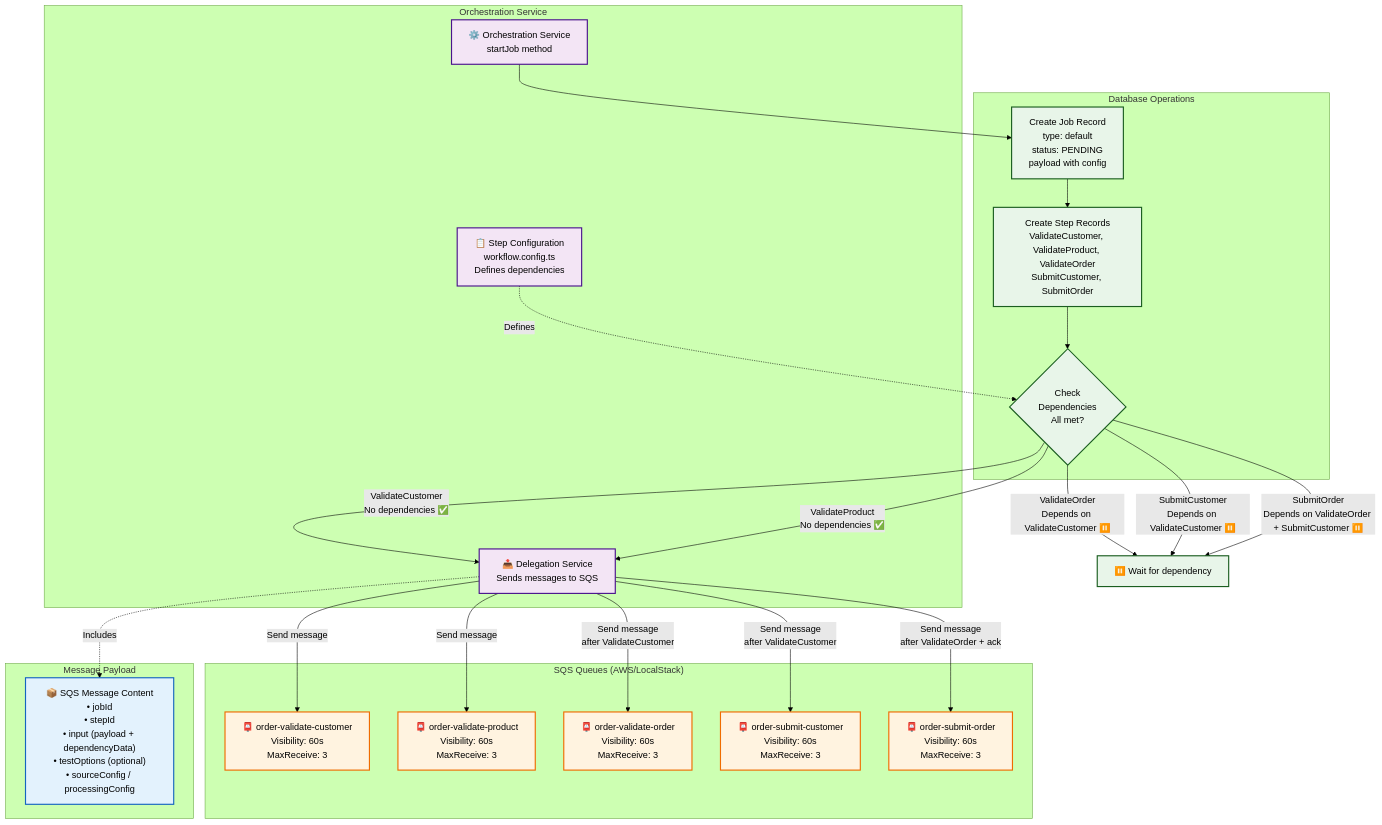
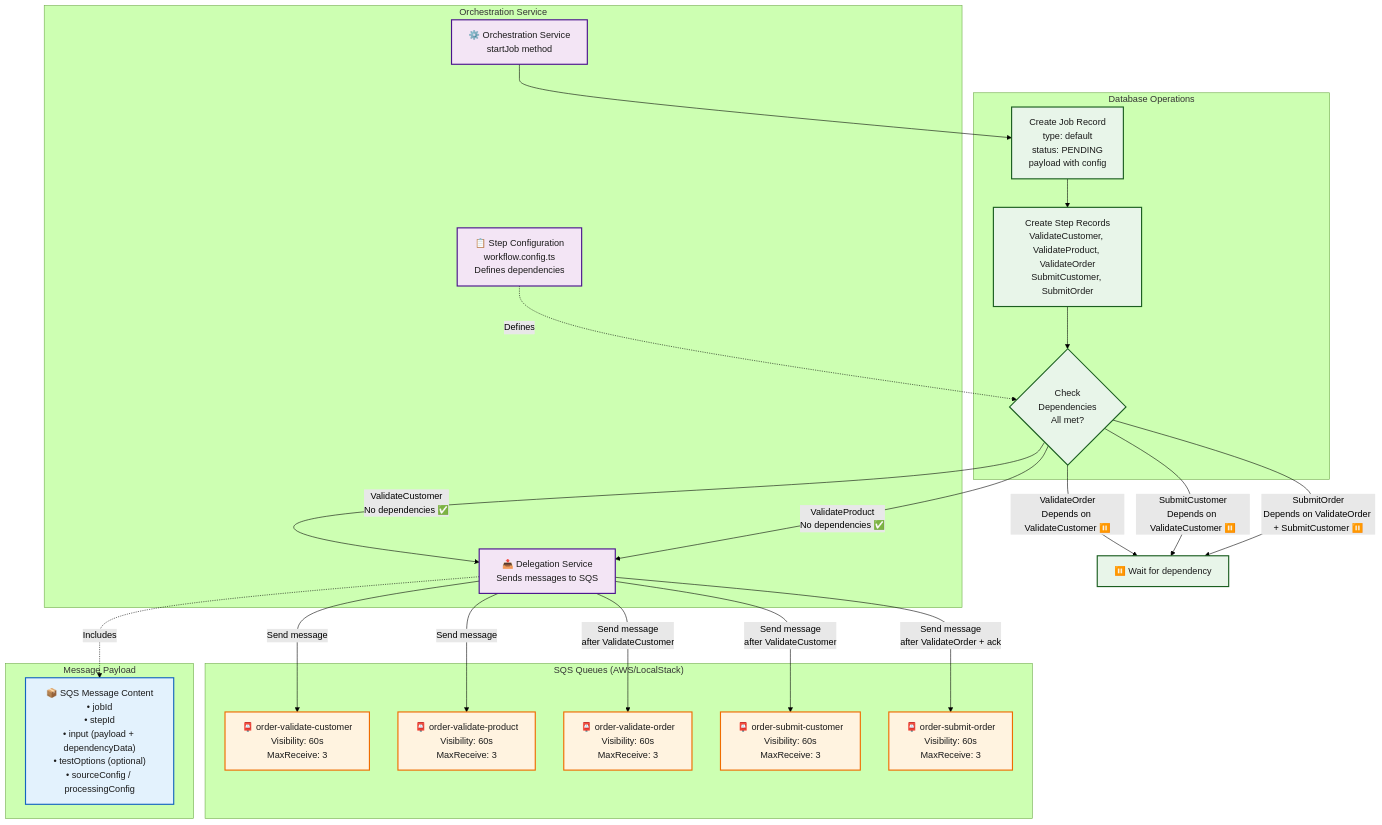
Before and after one commit to inctasoft/setpoint-evals-dtm-examples: the third of 9 diagrams in docs/guides/system-architecture.md, drawn with Mermaid (forest theme). The commit also changed other lines of this file and 1 other file, not shown here.

First line of the commit message:
docs: explicit dark text color on 46 pastel mermaid classDefs (scout M5, #123) (#124)

````diff
--- a/docs/guides/system-architecture.md
+++ b/docs/guides/system-architecture.md
@@ -221,56 +221,56 @@
 ```mermaid
 graph TB
     subgraph "Orchestration Service"
         ORCH[⚙️ Orchestration Service<br/>startJob method]
         STEP_CONFIG[📋 Step Configuration<br/>workflow.config.ts<br/>Defines dependencies]
         DELEG[📤 Delegation Service<br/>Sends messages to SQS]
     end
 
     subgraph "Database Operations"
         CREATE_JOB[Create Job Record<br/>type: default<br/>status: PENDING<br/>payload with config]
         CREATE_STEPS[Create Step Records<br/>ValidateCustomer, ValidateProduct, ValidateOrder<br/>SubmitCustomer, SubmitOrder]
         CHECK_DEPS{Check<br/>Dependencies<br/>All met?}
     end
 
     subgraph "SQS Queues (AWS/LocalStack)"
         SQS_VC[📮 order-validate-customer<br/>Visibility: 60s<br/>MaxReceive: 3]
         SQS_VP[📮 order-validate-product<br/>Visibility: 60s<br/>MaxReceive: 3]
         SQS_VO[📮 order-validate-order<br/>Visibility: 60s<br/>MaxReceive: 3]
         SQS_SC[📮 order-submit-customer<br/>Visibility: 60s<br/>MaxReceive: 3]
         SQS_SO[📮 order-submit-order<br/>Visibility: 60s<br/>MaxReceive: 3]
     end
 
     subgraph "Message Payload"
         MSG_PAYLOAD["📦 SQS Message Content<br/>• jobId<br/>• stepId<br/>• input (payload + dependencyData)<br/>• testOptions (optional)<br/>• sourceConfig / processingConfig"]
     end
 
     ORCH --> CREATE_JOB
     CREATE_JOB --> CREATE_STEPS
     CREATE_STEPS --> CHECK_DEPS
 
     CHECK_DEPS -->|ValidateCustomer<br/>No dependencies ✅| DELEG
     CHECK_DEPS -->|ValidateProduct<br/>No dependencies ✅| DELEG
     CHECK_DEPS -->|ValidateOrder<br/>Depends on ValidateCustomer ⏸️| WAIT[⏸️ Wait for dependency]
     CHECK_DEPS -->|SubmitCustomer<br/>Depends on ValidateCustomer ⏸️| WAIT
     CHECK_DEPS -->|SubmitOrder<br/>Depends on ValidateOrder + SubmitCustomer ⏸️| WAIT
 
     DELEG -->|Send message| SQS_VC
     DELEG -->|Send message| SQS_VP
     DELEG -->|Send message<br/>after ValidateCustomer| SQS_VO
     DELEG -->|Send message<br/>after ValidateCustomer| SQS_SC
     DELEG -->|Send message<br/>after ValidateOrder + ack| SQS_SO
 
     DELEG -.->|Includes| MSG_PAYLOAD
 
     STEP_CONFIG -.->|Defines| CHECK_DEPS
 
-    classDef orchestrator fill:#f3e5f5,stroke:#4a148c,stroke-width:2px
-    classDef database fill:#e8f5e9,stroke:#1b5e20,stroke-width:2px
-    classDef queue fill:#fff3e0,stroke:#ef6c00,stroke-width:2px
-    classDef payload fill:#e3f2fd,stroke:#1565c0,stroke-width:2px
+    classDef orchestrator fill:#f3e5f5,color:#1a1a1a,stroke:#4a148c,stroke-width:2px
+    classDef database fill:#e8f5e9,color:#1a1a1a,stroke:#1b5e20,stroke-width:2px
+    classDef queue fill:#fff3e0,color:#1a1a1a,stroke:#ef6c00,stroke-width:2px
+    classDef payload fill:#e3f2fd,color:#1a1a1a,stroke:#1565c0,stroke-width:2px
 
     class ORCH,STEP_CONFIG,DELEG orchestrator
     class CREATE_JOB,CREATE_STEPS,CHECK_DEPS,WAIT database
     class SQS_VC,SQS_VP,SQS_VO,SQS_SC,SQS_SO queue
     class MSG_PAYLOAD payload
 ```
````
